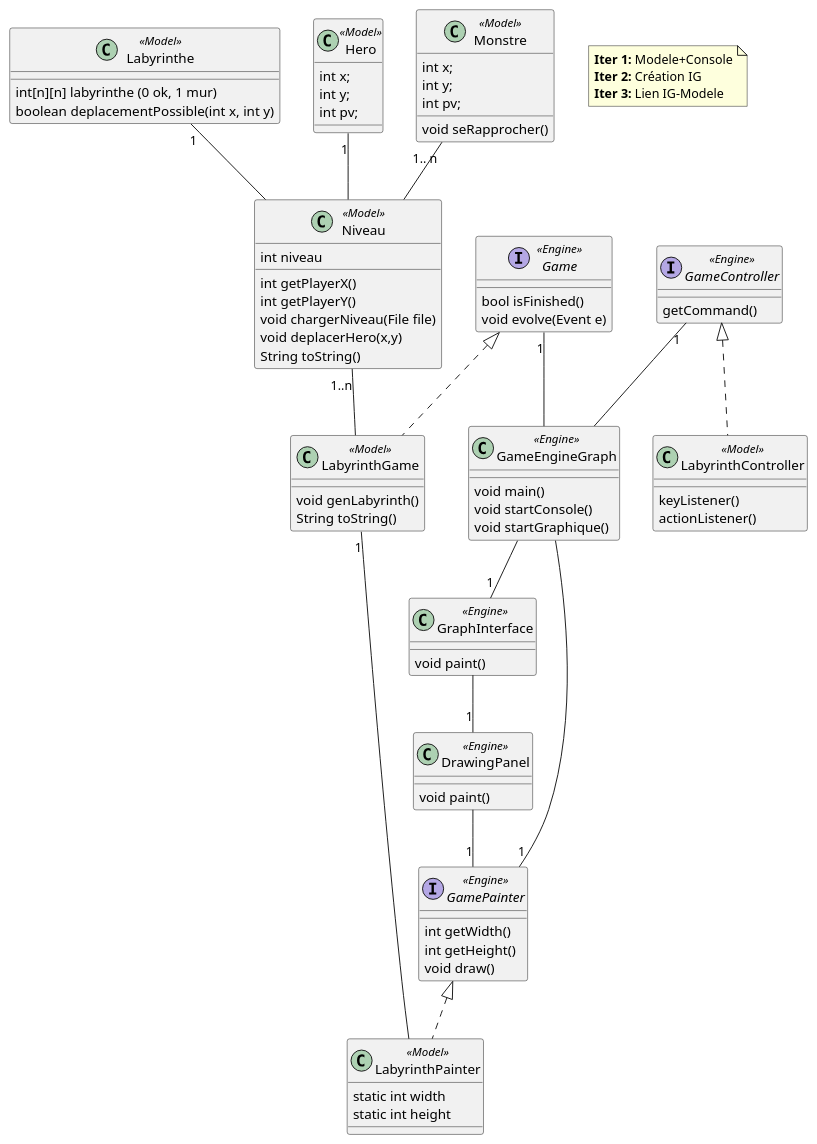
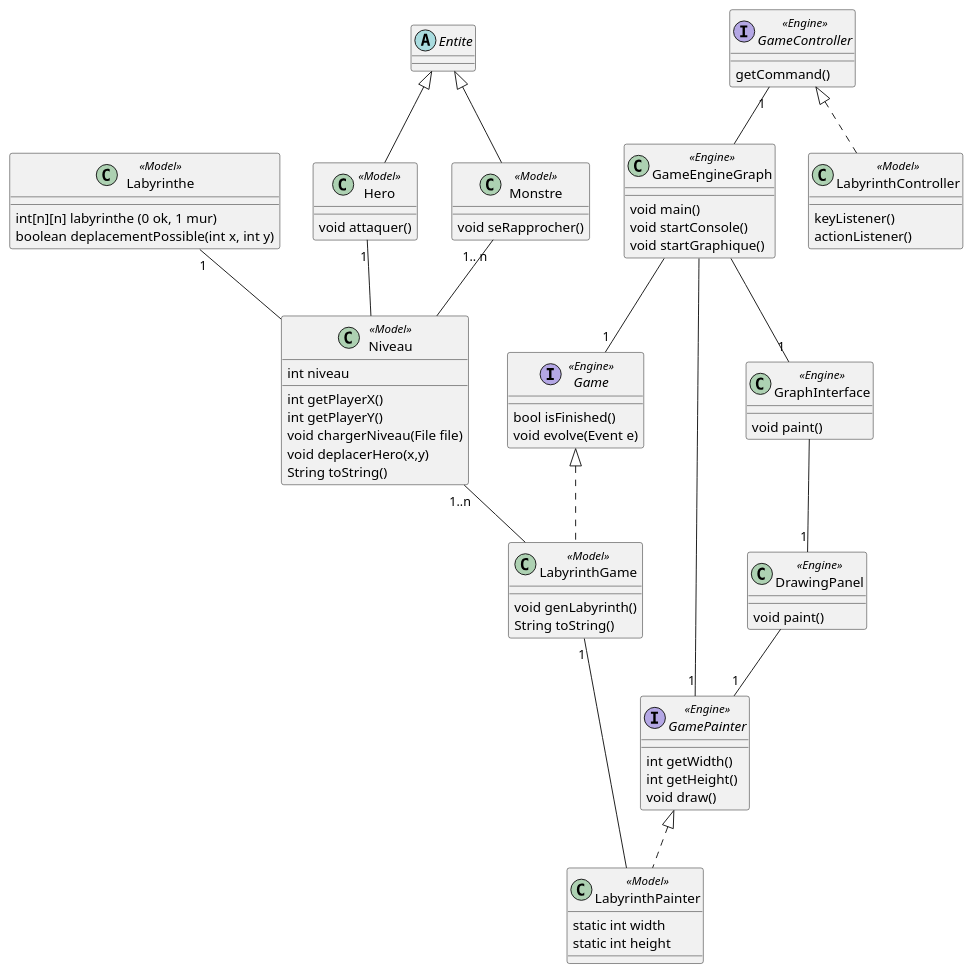
One commit to minisephirot/ACL_2018_ENJ changed the diagram in README.md. Above: the diagram before and after it, drawn with PlantUML. The commit also changed other lines of this file, not shown here.

Commit message:
Mise a jour UML

```diff
--- a/README.md
+++ b/README.md
@@ -8,97 +7,86 @@
 @startuml
 
+class LabyrinthGame <<Model>> implements Game{
+  void genLabyrinth()
+  String toString()
+}
 
-note as N1
-  <b>Iter 1: </b>Modele+Console
-  <b>Iter 2: </b>Création IG
-  <b>Iter 3: </b>Lien IG-Modele
-end note
+class Niveau <<Model>>{
+  int niveau
+  int getPlayerX()
+  int getPlayerY()
+  void chargerNiveau(File file)
+  void deplacerHero(x,y)
+  String toString()
 
-    class LabyrinthGame <<Model>> implements Game{
-      void genLabyrinth()
-      String toString()
-    }
+}
 
-    class Niveau <<Model>>{
-      int niveau
-      int getPlayerX()
-      int getPlayerY()
-      void chargerNiveau(File file)
-      void deplacerHero(x,y)
-      String toString()
-    
-    }
-    
-    class Labyrinthe<<Model>>{
-      int[n][n] labyrinthe (0 ok, 1 mur)
-      boolean deplacementPossible(int x, int y)
-    }
-    
-    class Hero<<Model>>{
-        int x;
-        int y;
-        int pv;
-    }
-    
-    class Monstre<<Model>>{
-        int x;
-        int y;
-        int pv;
-        void seRapprocher()
-    }
-    
-    class LabyrinthController <<Model>> implements GameController{
-       keyListener()
-       actionListener()
-    }
+class Labyrinthe<<Model>>{
+  int[n][n] labyrinthe (0 ok, 1 mur)
+  boolean deplacementPossible(int x, int y)
+}
 
-    class LabyrinthPainter <<Model>> implements GamePainter{
-        static int width
-        static int height
-    }
+class Hero<<Model>> extends Entite{
+    void attaquer()
+}
+
+abstract class Entite{
+}
+
+class Monstre<<Model>> extends Entite{
+
+    void seRapprocher()
+}
+
+class LabyrinthController <<Model>> implements GameController{
+   keyListener()
+   actionListener()
+}
+
+class LabyrinthPainter <<Model>> implements GamePainter{
+    static int width
+    static int height
+}
 
 
-    interface GamePainter <<Engine>>{
-        int getWidth()
-        int getHeight()
-        void draw()
-    }
+interface GamePainter <<Engine>>{
+    int getWidth()
+    int getHeight()
+    void draw()
+}
 
-    interface Game <<Engine>>{
-        bool isFinished()
-        void evolve(Event e)
-    }
-    
-    interface GameController <<Engine>>{
-        getCommand()
-    }
+interface Game <<Engine>>{
+    bool isFinished()
+    void evolve(Event e)
+}
 
-    class GameEngineGraph <<Engine>>{
-      void main()
-      void startConsole()
-      void startGraphique()
-    }
-    
-    class GraphInterface <<Engine>>{
-        void paint()
-    }
-    
-    class DrawingPanel <<Engine>>{
-        void paint()
-    }
+interface GameController <<Engine>>{
+    getCommand()
+}
 
+class GameEngineGraph <<Engine>>{
+  void main()
+  void startConsole()
+  void startGraphique()
+}
 
-Labyrinthe "1"--  Niveau
-Niveau "1..n"-- LabyrinthGame
-Hero "1"--  Niveau
-Monstre "1.. n"--  Niveau
-Game "1"-- GameEngineGraph 
+class GraphInterface <<Engine>>{
+    void paint()
+}
+
+class DrawingPanel <<Engine>>{
+    void paint()
+}
+Labyrinthe "1"-- Niveau
+Niveau "1..n"-- LabyrinthGame 
+Hero "1"-- Niveau 
+Monstre "1.. n"-- Niveau
+Game "1"-up- GameEngineGraph 
 GameController "1"-- GameEngineGraph
-GamePainter "1"--up  GameEngineGraph
+GamePainter "1"--up GameEngineGraph
 LabyrinthGame "1"-- LabyrinthPainter
 GraphInterface --"1" DrawingPanel
 DrawingPanel --"1" GamePainter
 GameEngineGraph -- "1" GraphInterface
 
-
 @enduml
```
